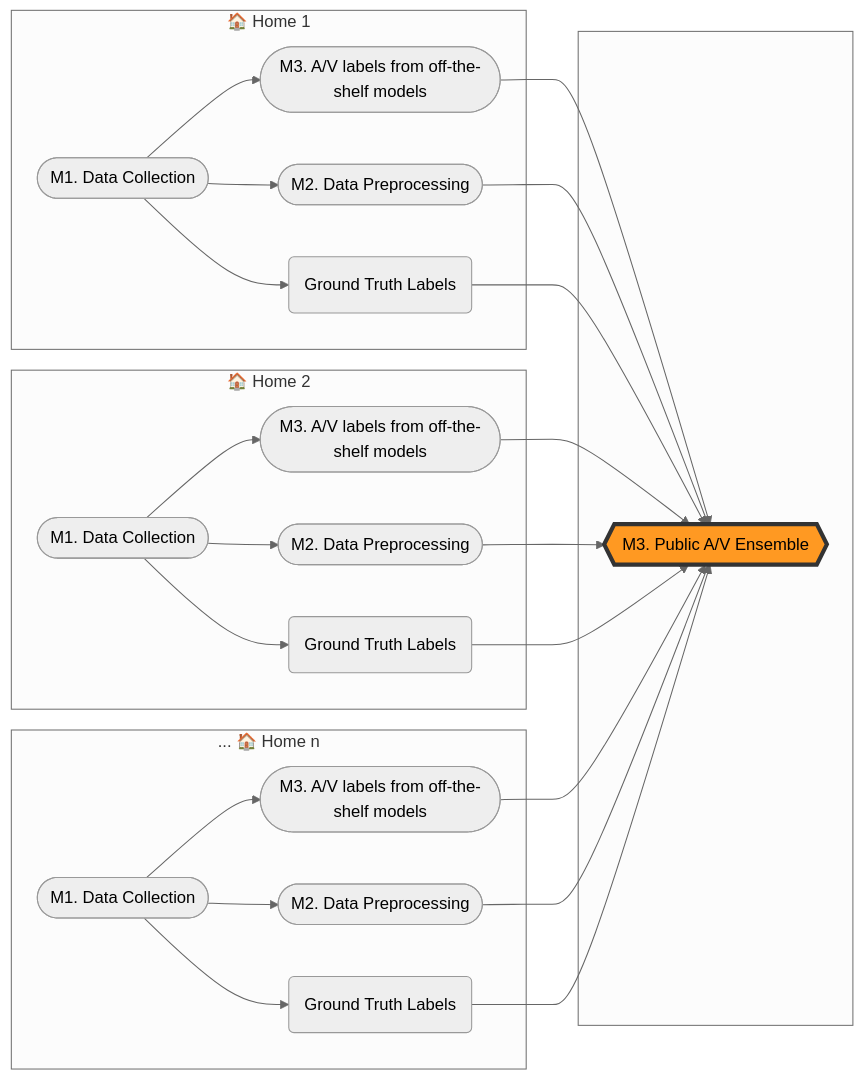
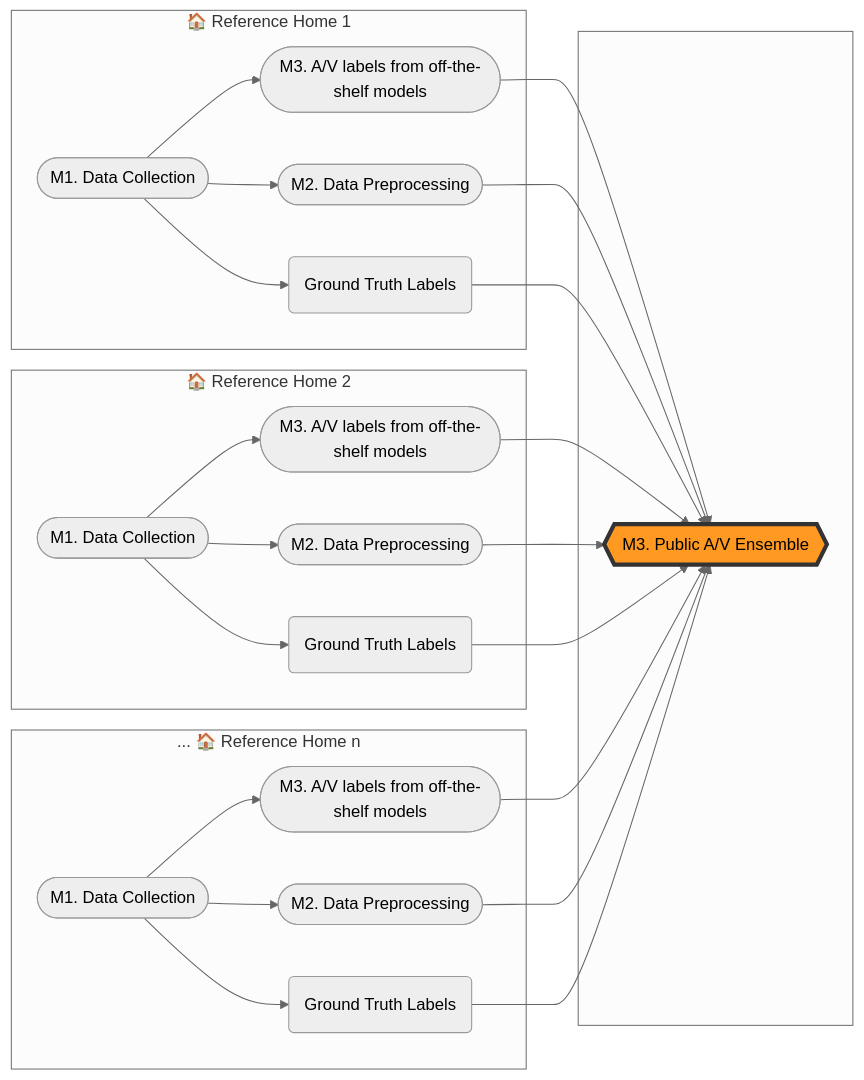
Before and after one commit to synergylabs/vax: the first of 2 diagrams in README.md, drawn with Mermaid (neutral theme). The commit also changed other lines of this file, not shown here.

Commit message:
Outer readme styling updates

````diff
--- a/README.md
+++ b/README.md
@@ -57,36 +57,36 @@
 ```mermaid
 %%{init: {"flowchart": {"htmlLabels": false}} }%%
 flowchart LR
     Home1(["M1. Data Collection"])
     AV1(["M3. A/V labels from off-the-shelf models"])
     DP1(["M2. Data Preprocessing"])
     Home2(["M1. Data Collection"])
     AV2(["M3. A/V labels from off-the-shelf models"])
     DP2(["M2. Data Preprocessing"])
     Homen(["M1. Data Collection"])
     AVn(["M3. A/V labels from off-the-shelf models"])
     DPn(["M2. Data Preprocessing"])
     avmodule{{M3. Public A/V Ensemble}}
     style avmodule fill:#f92,stroke:#333,stroke-width:4px
     gt1(Ground Truth Labels)
     gt2(Ground Truth Labels)
     gtn(Ground Truth Labels)
     subgraph ""  
       avmodule
     end
-    subgraph "🏠 Home 1"  
+    subgraph "🏠 Reference Home 1"  
       Home1 --> AV1 --> avmodule
       Home1 --> DP1 --> avmodule
       Home1 --> gt1 --> avmodule
     end
-    subgraph "🏠 Home 2"  
+    subgraph "🏠 Reference Home 2"  
       Home2 --> AV2 --> avmodule
       Home2 --> DP2 --> avmodule
       Home2 --> gt2 --> avmodule
     end
-    subgraph "... 🏠 Home n"  
+    subgraph "... 🏠 Reference Home n"  
       Homen --> AVn --> avmodule
       Homen --> DPn --> avmodule
       Homen --> gtn --> avmodule
     end
 ```
````
